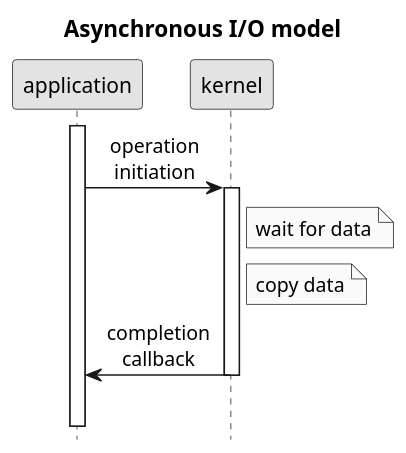
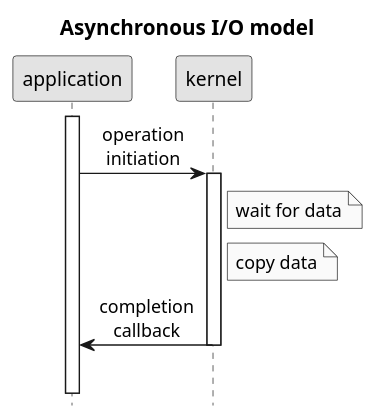
One commit to c0p4c4b4n4/demo-sockets-io-nio-nio2 changed the diagram in .images/asynchronous IO model.puml. Above: the diagram before and after it, drawn with PlantUML. The commit also changed 9 other files, not shown here.

```diff
--- a/.images/asynchronous IO model.puml
+++ b/.images/asynchronous IO model.puml
@@ -1,19 +1,19 @@
 @startuml
-scale 1.2
+scale 1.1
 title Asynchronous I/O model
 hide footbox
 skinparam monochrome true
-skinparam defaultFontName Microsoft Sans Serif
+skinparam defaultFontName Source Sans Pro
 skinparam titleFontSize 15
 skinparam sequenceMessageAlign center
 
 activate application
 application->kernel: operation\ninitiation
 activate kernel
 Note right of kernel: wait for data
 Note right of kernel: copy data
 kernel->application: completion\ncallback
 deactivate kernel
 
-||25||
+||26||
 @enduml
```
